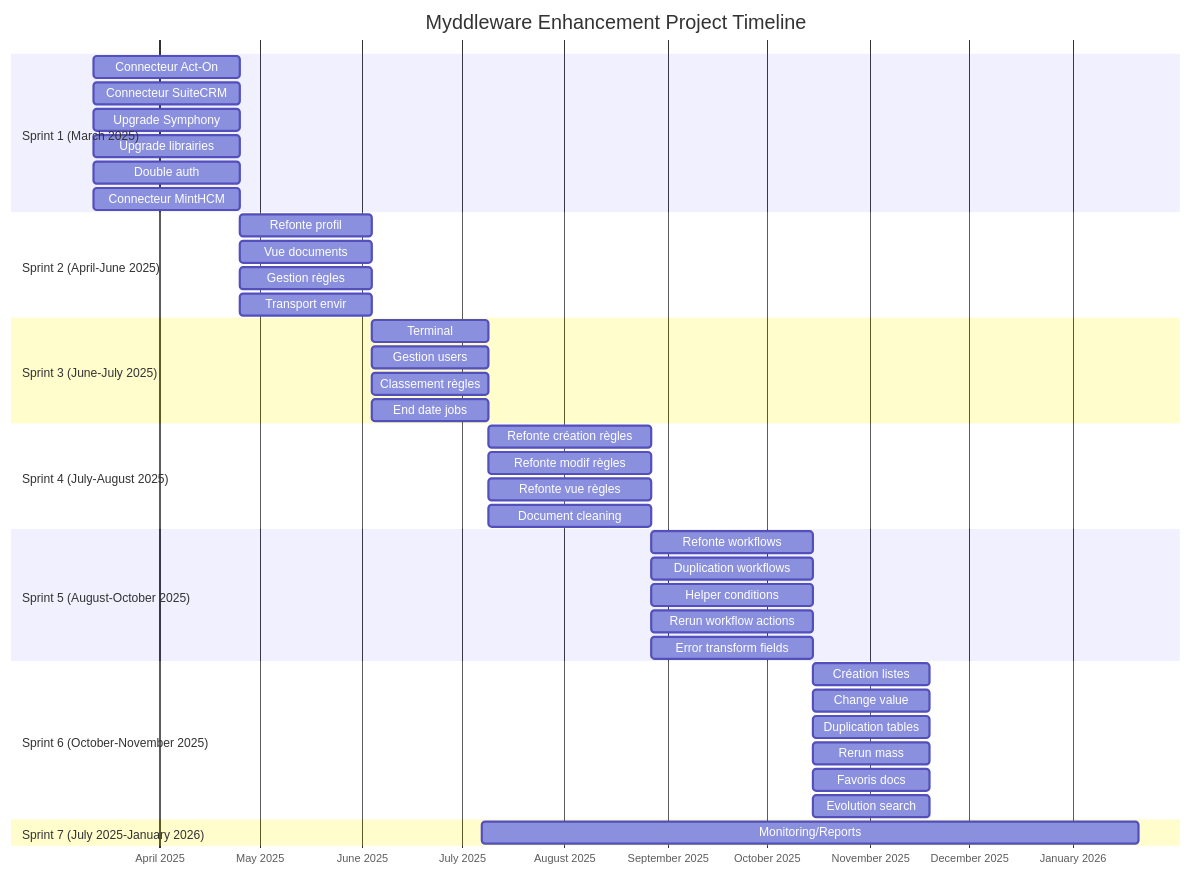
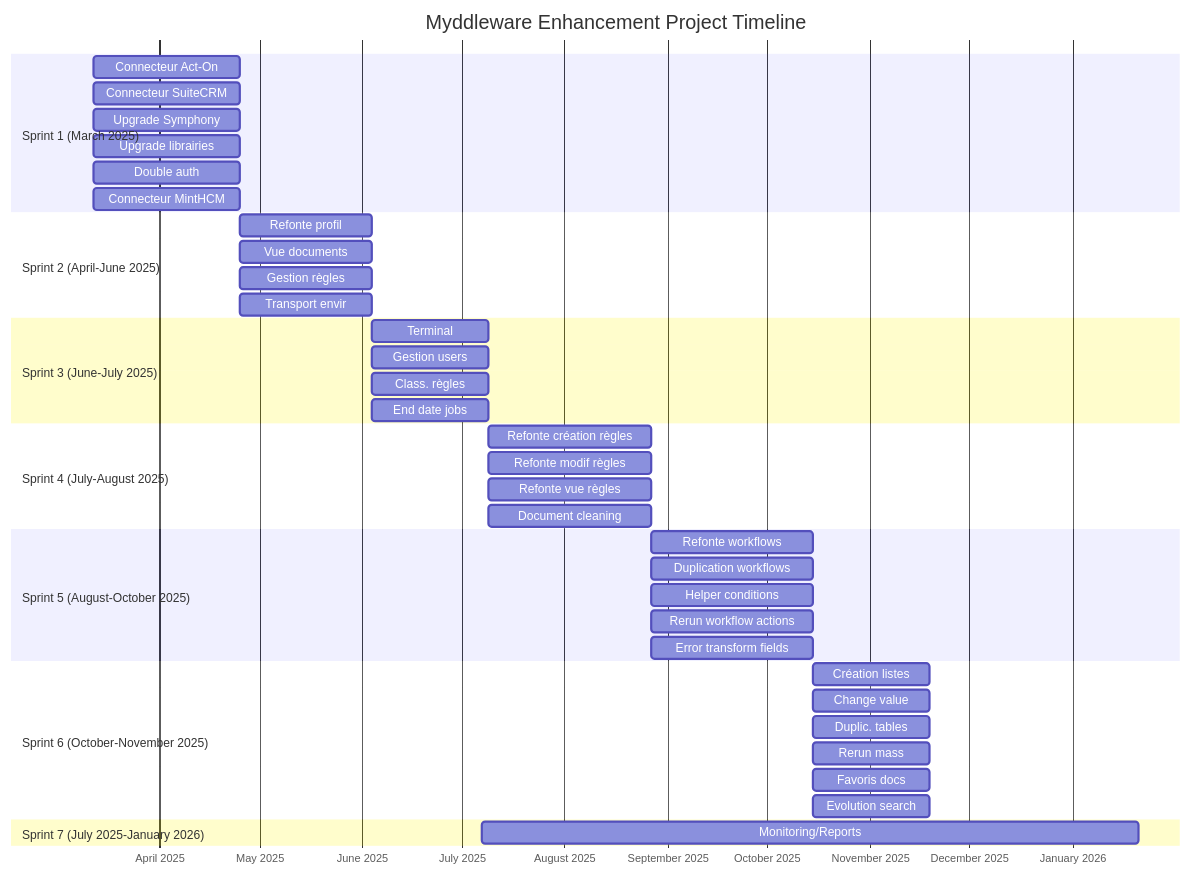
Before and after one commit to Myddleware/myddleware-docs: the diagram in roadmap/roadmap.md, drawn with Mermaid.

Commit message:
shorter titles

````diff
--- a/roadmap/roadmap.md
+++ b/roadmap/roadmap.md
@@ -3,50 +3,50 @@
 ```mermaid
 gantt
     title Myddleware Enhancement Project Timeline
     dateFormat YYYY-MM-DD
     axisFormat %B %Y
 
     section Sprint 1 (March 2025)
     Connecteur Act-On       :2025-03-12, 2025-04-25
     Connecteur SuiteCRM    :2025-03-12, 2025-04-25
     Upgrade Symphony       :2025-03-12, 2025-04-25
     Upgrade librairies    :2025-03-12, 2025-04-25
     Double auth           :2025-03-12, 2025-04-25
     Connecteur MintHCM    :2025-03-12, 2025-04-25
 
     section Sprint 2 (April-June 2025)
     Refonte profil        :2025-04-25, 2025-06-04
     Vue documents         :2025-04-25, 2025-06-04
     Gestion règles       :2025-04-25, 2025-06-04
     Transport envir      :2025-04-25, 2025-06-04
 
     section Sprint 3 (June-July 2025)
     Terminal             :2025-06-04, 2025-07-09
     Gestion users        :2025-06-04, 2025-07-09
-    Classement règles    :2025-06-04, 2025-07-09
+    Class. règles        :2025-06-04, 2025-07-09
     End date jobs        :2025-06-04, 2025-07-09
 
     section Sprint 4 (July-August 2025)
     Refonte création règles   :2025-07-09, 2025-08-27
     Refonte modif règles     :2025-07-09, 2025-08-27
     Refonte vue règles       :2025-07-09, 2025-08-27
     Document cleaning        :2025-07-09, 2025-08-27
 
     section Sprint 5 (August-October 2025)
     Refonte workflows        :2025-08-27, 2025-10-15
     Duplication workflows    :2025-08-27, 2025-10-15
     Helper conditions        :2025-08-27, 2025-10-15
     Rerun workflow actions   :2025-08-27, 2025-10-15
     Error transform fields   :2025-08-27, 2025-10-15
 
     section Sprint 6 (October-November 2025)
     Création listes        :2025-10-15, 2025-11-19
     Change value          :2025-10-15, 2025-11-19
-    Duplication tables    :2025-10-15, 2025-11-19
+    Duplic. tables        :2025-10-15, 2025-11-19
     Rerun mass           :2025-10-15, 2025-11-19
     Favoris docs         :2025-10-15, 2025-11-19
     Evolution search     :2025-10-15, 2025-11-19
 
     section Sprint 7 (July 2025-January 2026)
     Monitoring/Reports       :2025-07-07, 2026-01-21
 ```
````
